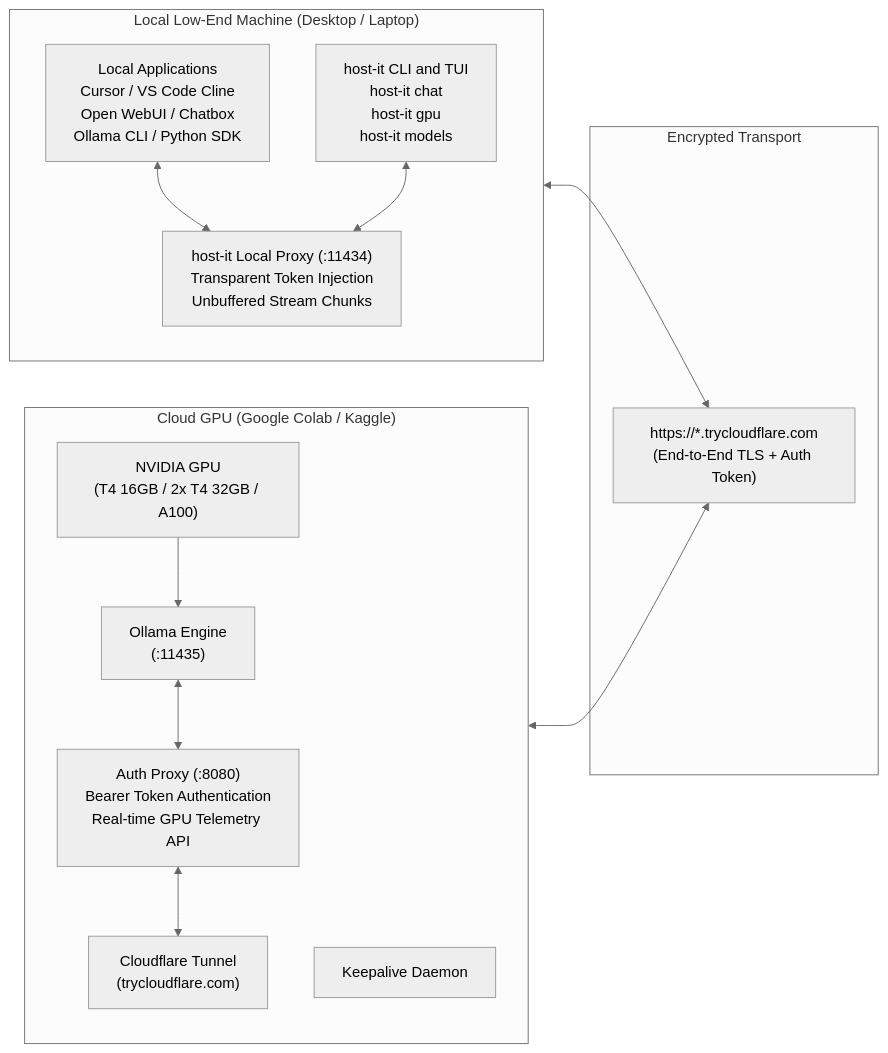
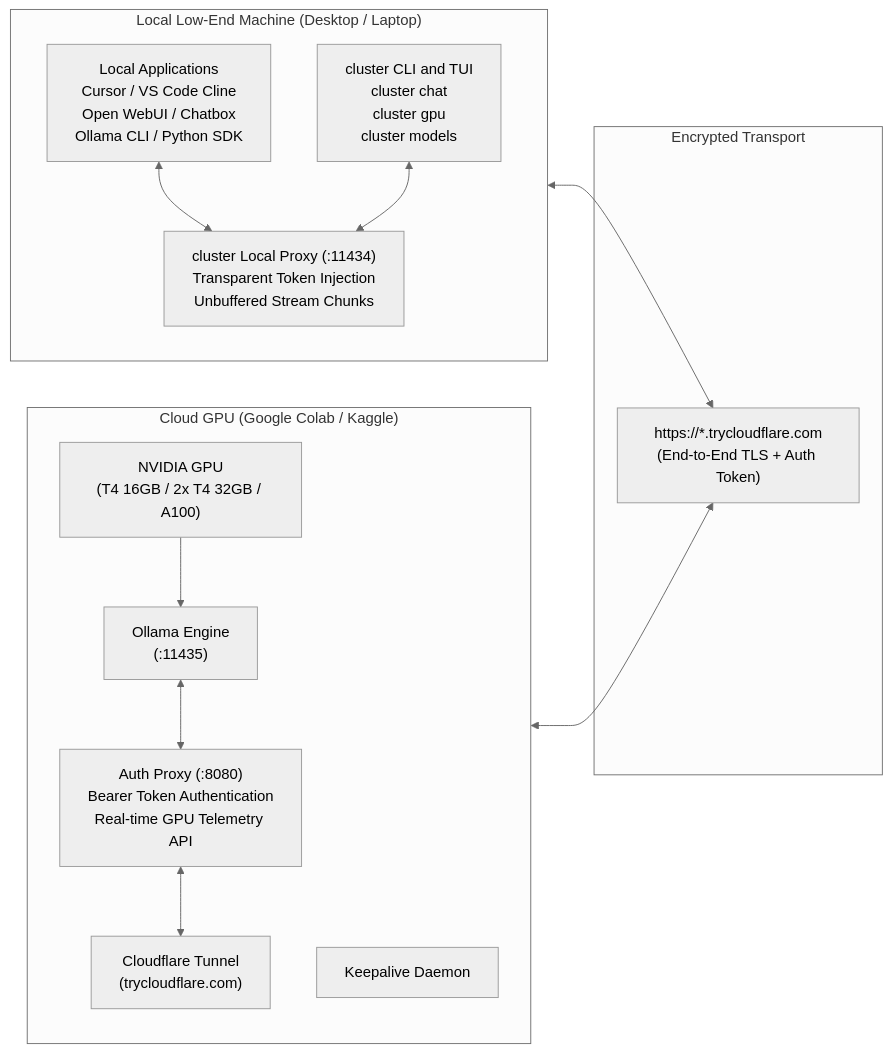
The diagram in README.md (berlin-566/cluster), drawn with Mermaid (neutral theme) before and after one commit. The commit also changed other lines of this file and 17 other files, not shown here.

Commit message:
refactor: rename project from host-it to cluster

````diff
--- a/README.md
+++ b/README.md
@@ -19,32 +19,32 @@
 ```mermaid
 flowchart LR
     subgraph Cloud["Cloud GPU (Google Colab / Kaggle)"]
         direction TB
         GPU["NVIDIA GPU<br/>(T4 16GB / 2x T4 32GB / A100)"]
         OLLAMA["Ollama Engine<br/>(:11435)"]
         AUTH["Auth Proxy (:8080)<br/>Bearer Token Authentication<br/>Real-time GPU Telemetry API"]
         CF_TUNNEL["Cloudflare Tunnel<br/>(trycloudflare.com)"]
         KEEPALIVE["Keepalive Daemon"]
 
         GPU --> OLLAMA
         OLLAMA <--> AUTH
         AUTH <--> CF_TUNNEL
     end
 
     subgraph Internet["Encrypted Transport"]
         CF_PUB["https://*.trycloudflare.com<br/>(End-to-End TLS + Auth Token)"]
     end
 
     subgraph Local["Local Low-End Machine (Desktop / Laptop)"]
         direction TB
-        CLI["host-it CLI and TUI<br/>host-it chat<br/>host-it gpu<br/>host-it models"]
-        LOCAL_PROXY["host-it Local Proxy (:11434)<br/>Transparent Token Injection<br/>Unbuffered Stream Chunks"]
+        CLI["cluster CLI and TUI<br/>cluster chat<br/>cluster gpu<br/>cluster models"]
+        LOCAL_PROXY["cluster Local Proxy (:11434)<br/>Transparent Token Injection<br/>Unbuffered Stream Chunks"]
         APPS["Local Applications<br/>Cursor / VS Code Cline<br/>Open WebUI / Chatbox<br/>Ollama CLI / Python SDK"]
 
         APPS <--> LOCAL_PROXY
         CLI <--> LOCAL_PROXY
         LOCAL_PROXY <--> CF_PUB
     end
 
     CF_TUNNEL <--> CF_PUB
 ```
````
